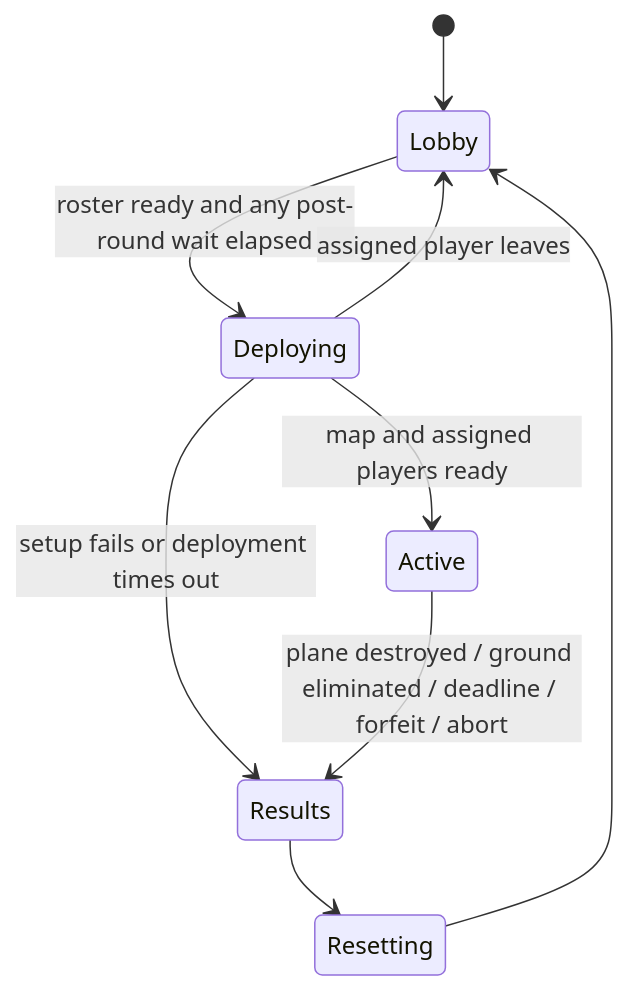
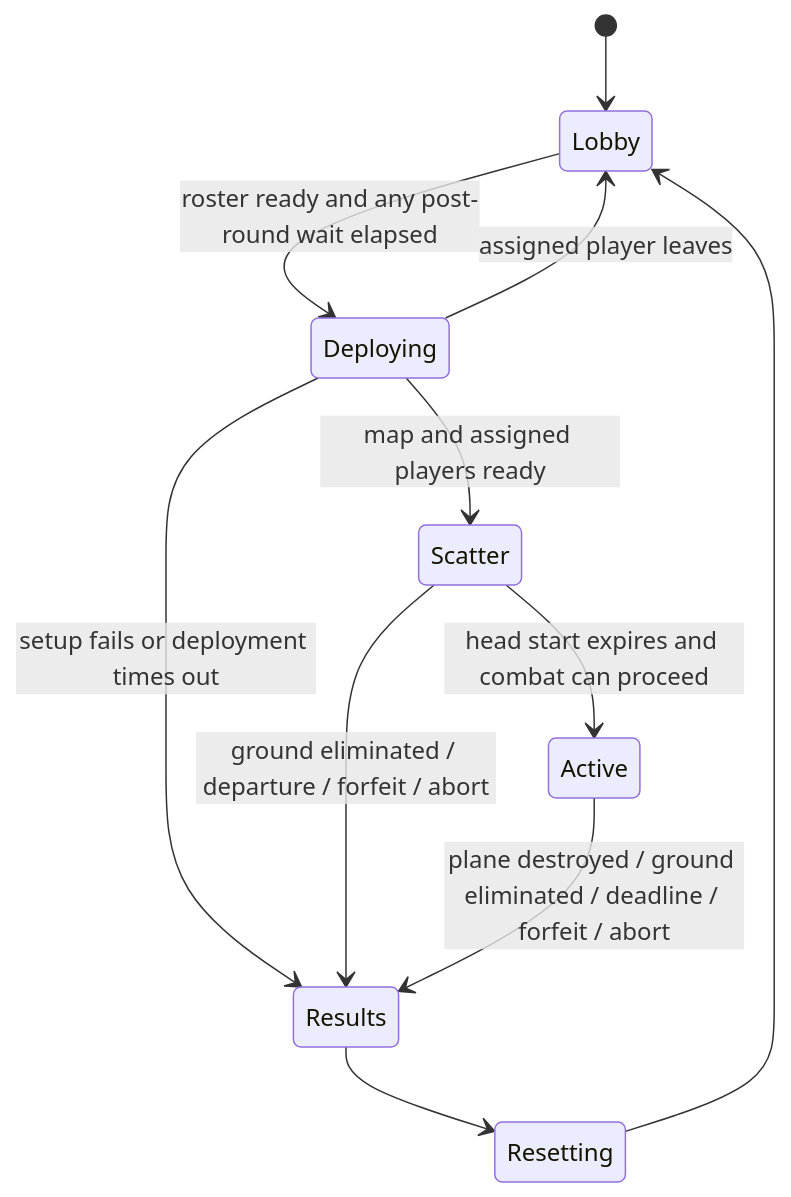
The diagram in game-design.md (hanegraaff/roblox-c130-extraction-shooter), drawn with Mermaid before and after one commit. The commit also changed other lines of this file and 10 other files, not shown here.

Commit message:
Document the Ground head start and aircraft arrival

````diff
--- a/game-design.md
+++ b/game-design.md
@@ -102,11 +102,13 @@
 ```mermaid
 stateDiagram-v2
     [*] --> Lobby
     Lobby --> Deploying: roster ready and any post-round wait elapsed
-    Deploying --> Active: map and assigned players ready
+    Deploying --> Scatter: map and assigned players ready
     Deploying --> Lobby: assigned player leaves
     Deploying --> Results: setup fails or deployment times out
+    Scatter --> Active: head start expires and combat can proceed
+    Scatter --> Results: ground eliminated / departure / forfeit / abort
     Active --> Results: plane destroyed / ground eliminated / deadline / forfeit / abort
     Results --> Resetting
     Resetting --> Lobby
 ```
````
